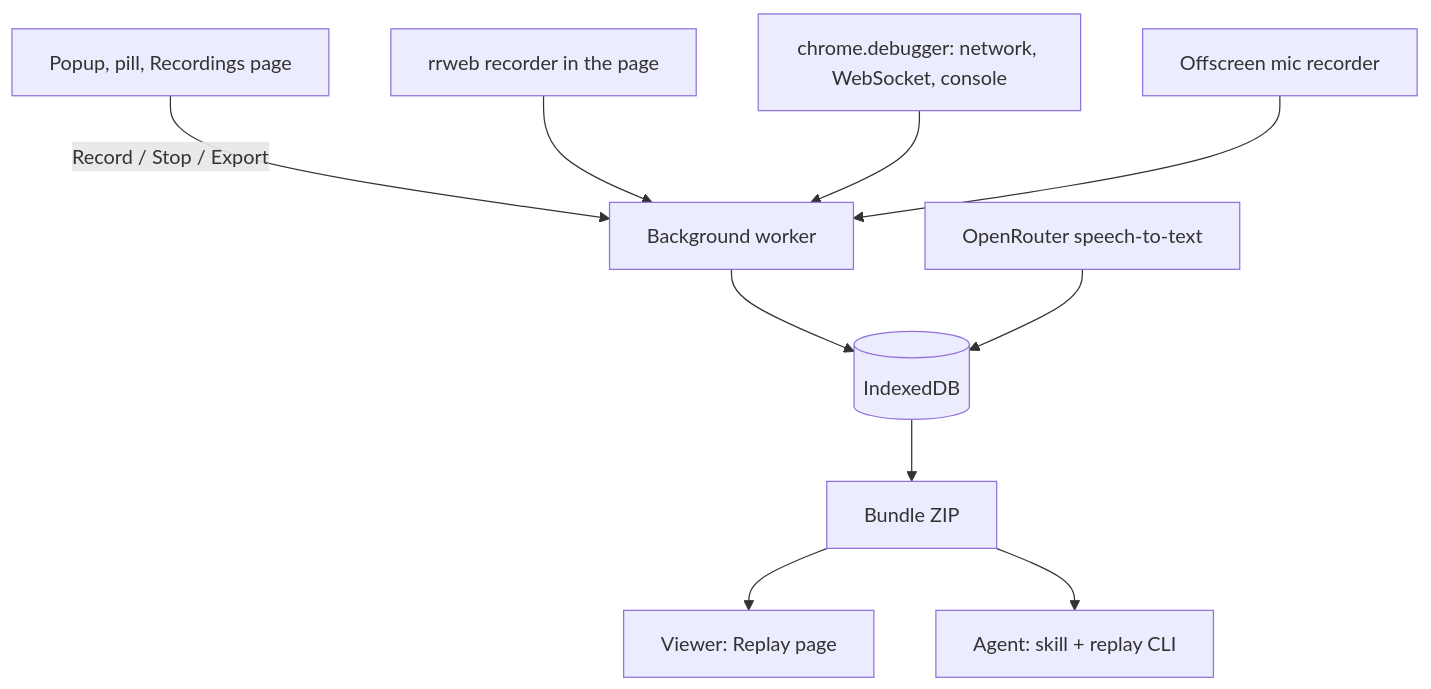
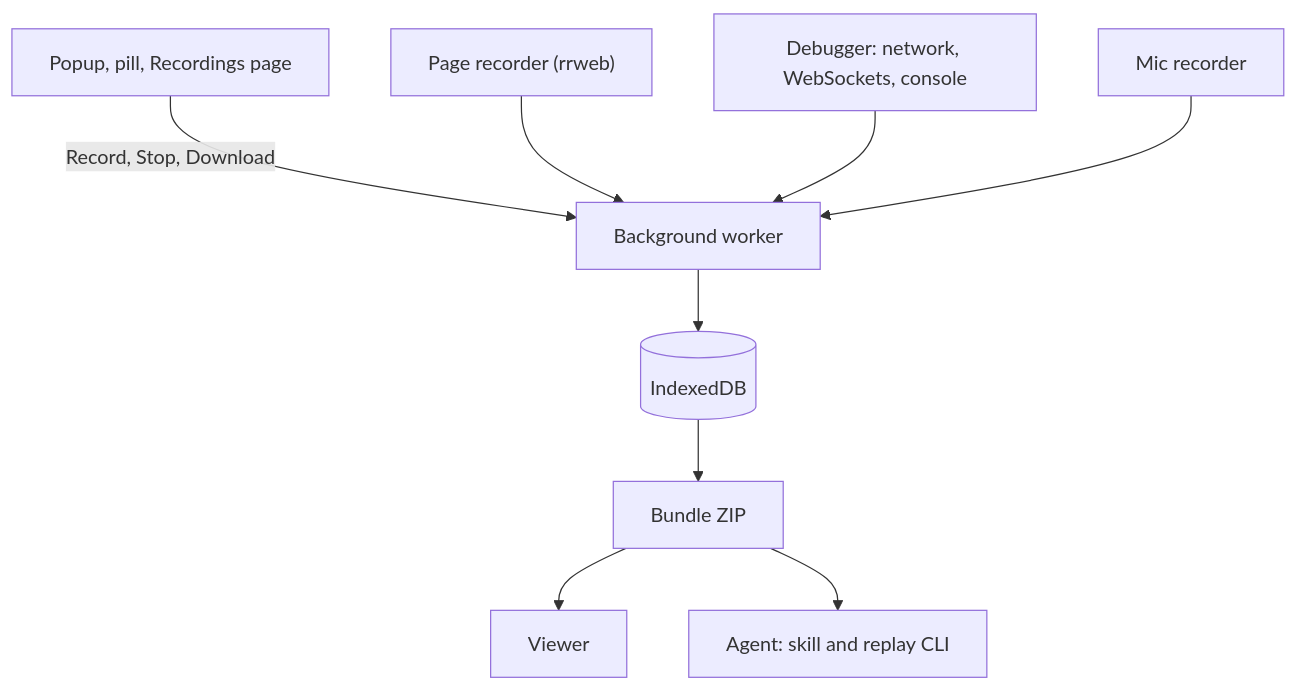
Before and after one commit to cyrillbrito/blook: the diagram in docs/architecture.md, drawn with Mermaid. The commit also changed other lines of this file and 15 other files, not shown here.

First line of the commit message:
Extension: recorder and pill only in recorded tabs, serialized start/stop, untrusted content scripts, iframe and worker capture

````diff
--- a/docs/architecture.md
+++ b/docs/architecture.md
@@ -20,12 +5,11 @@
 ```mermaid
 flowchart TD
-  P["Popup, pill, Recordings page"] -->|"Record / Stop / Export"| BG["Background worker"]
-  RR["rrweb recorder in the page"] --> BG
-  CDP["chrome.debugger: network, WebSocket, console"] --> BG
-  MIC["Offscreen mic recorder"] --> BG
+  UI["Popup, pill, Recordings page"] -->|"Record, Stop, Download"| BG["Background worker"]
+  RR["Page recorder (rrweb)"] --> BG
+  CDP["Debugger: network, WebSockets, console"] --> BG
+  MIC["Mic recorder"] --> BG
   BG --> DB[("IndexedDB")]
-  STT["OpenRouter speech-to-text"] --> DB
   DB --> ZIP["Bundle ZIP"]
-  ZIP --> V["Viewer: Replay page"]
-  ZIP --> A["Agent: skill + replay CLI"]
+  ZIP --> V["Viewer"]
+  ZIP --> A["Agent: skill and replay CLI"]
 ```
````
